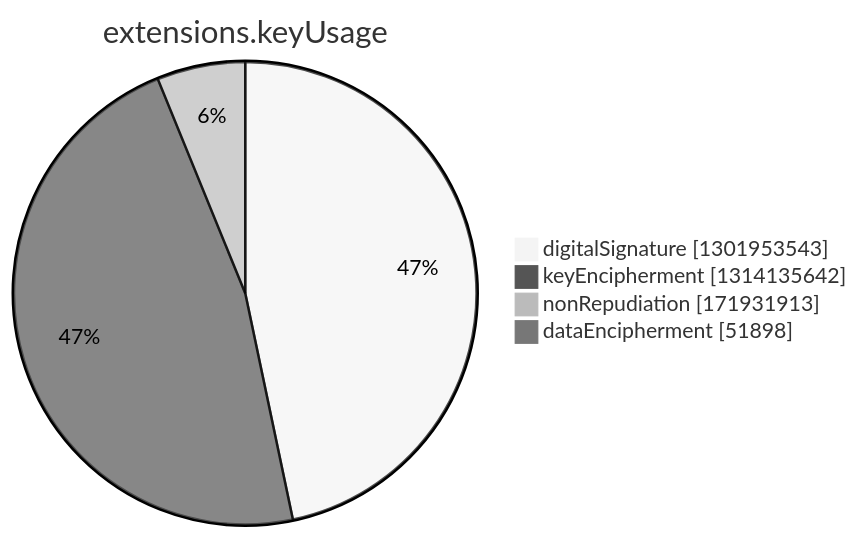
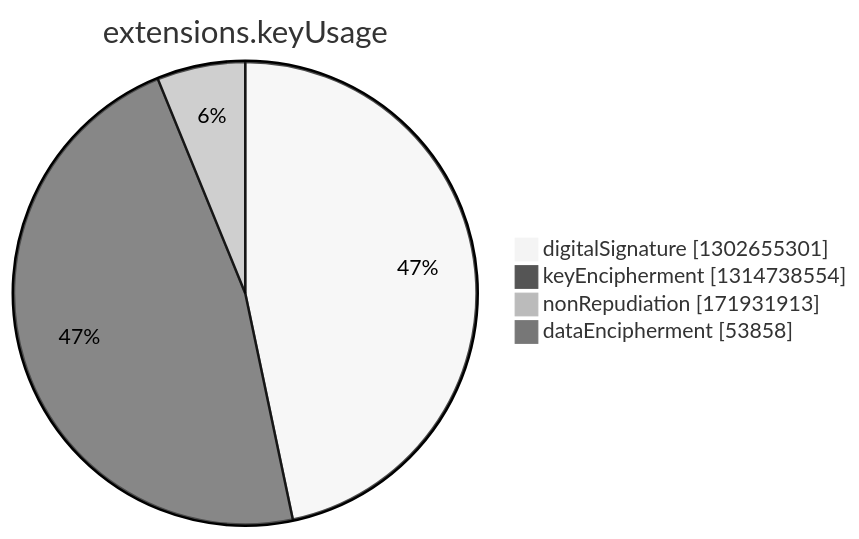
One commit to christiankrug/ctmonitor_visualization changed the seventh of 15 diagrams in argon2022/README.md. Above: the diagram before and after it, drawn with Mermaid (neutral theme). The commit also changed other lines of this file, not shown here.

````diff
--- a/argon2022/README.md
+++ b/argon2022/README.md
@@ -2749,8 +2749,8 @@
 ```mermaid
 pie showData
 title extensions.keyUsage
-"digitalSignature" :1301953543
-"keyEncipherment" :1314135642
+"digitalSignature" :1302655301
+"keyEncipherment" :1314738554
 "nonRepudiation" :171931913
-"dataEncipherment" :51898
+"dataEncipherment" :53858
 ```
````
